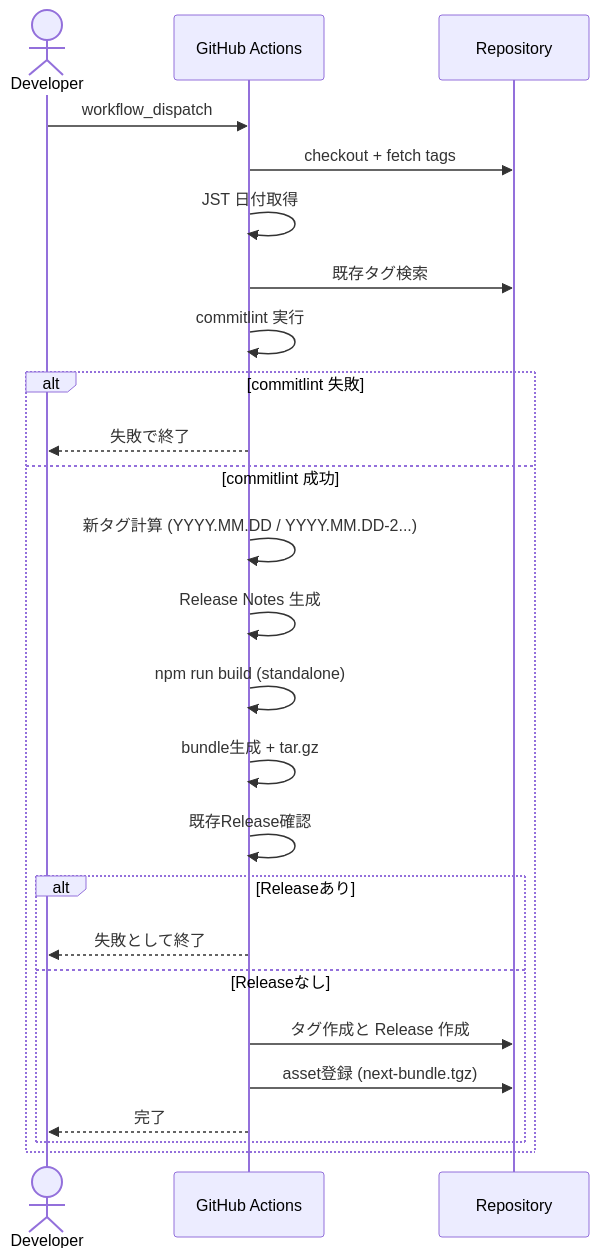
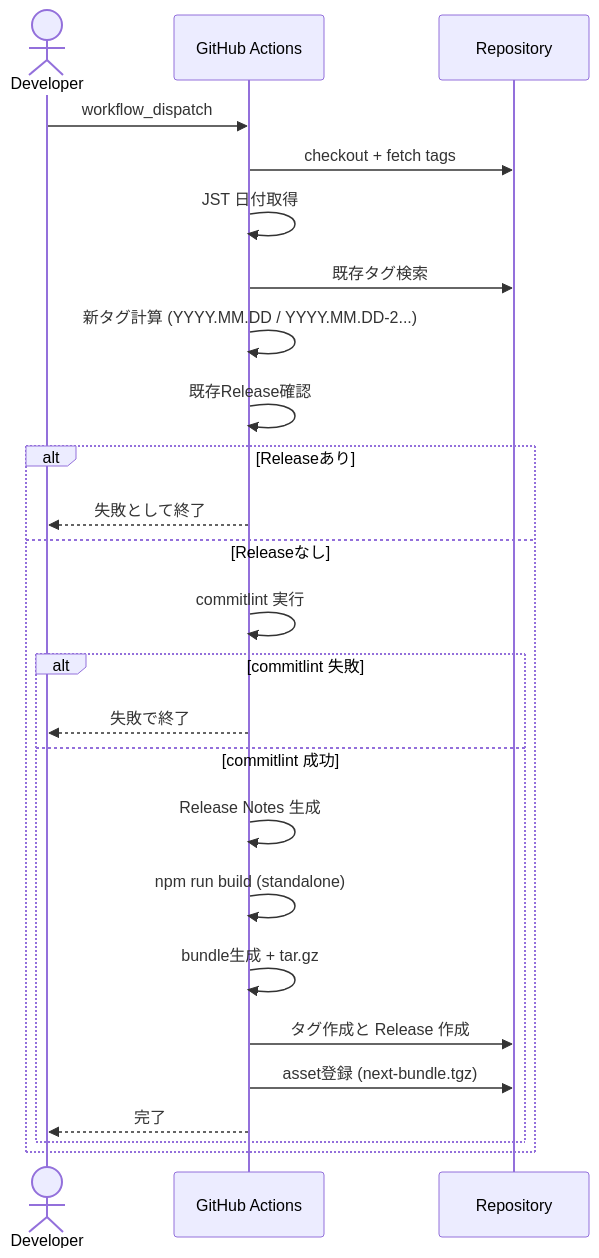
Before and after one commit to LevelCapTech/Agile-PMBOK-Assist: the first of 2 diagrams in .github/copilot/plans/47_github-release-management-implementation-plan.md, drawn with Mermaid. The commit also changed other lines of this file, not shown here.

````diff
--- a/.github/copilot/plans/47_github-release-management-implementation-plan.md
+++ b/.github/copilot/plans/47_github-release-management-implementation-plan.md
@@ -129,28 +129,28 @@
 ```mermaid
 sequenceDiagram
   actor Dev as Developer
   participant GH as GitHub Actions
   participant Repo as Repository
 
   Dev->>GH: workflow_dispatch
   GH->>Repo: checkout + fetch tags
   GH->>GH: JST 日付取得
   GH->>Repo: 既存タグ検索
-  GH->>GH: commitlint 実行
-  alt commitlint 失敗
-    GH-->>Dev: 失敗で終了
-  else commitlint 成功
-    GH->>GH: 新タグ計算 (YYYY.MM.DD / YYYY.MM.DD-2...)
-    GH->>GH: Release Notes 生成
-    GH->>GH: npm run build (standalone)
-    GH->>GH: bundle生成 + tar.gz
-    GH->>GH: 既存Release確認
-    alt Releaseあり
-      GH-->>Dev: 失敗として終了
-    else Releaseなし
+  GH->>GH: 新タグ計算 (YYYY.MM.DD / YYYY.MM.DD-2...)
+  GH->>GH: 既存Release確認
+  alt Releaseあり
+    GH-->>Dev: 失敗として終了
+  else Releaseなし
+    GH->>GH: commitlint 実行
+    alt commitlint 失敗
+      GH-->>Dev: 失敗で終了
+    else commitlint 成功
+      GH->>GH: Release Notes 生成
+      GH->>GH: npm run build (standalone)
+      GH->>GH: bundle生成 + tar.gz
       GH->>Repo: タグ作成と Release 作成
       GH->>Repo: asset登録 (next-bundle.tgz)
       GH-->>Dev: 完了
     end
   end
 ```
````
